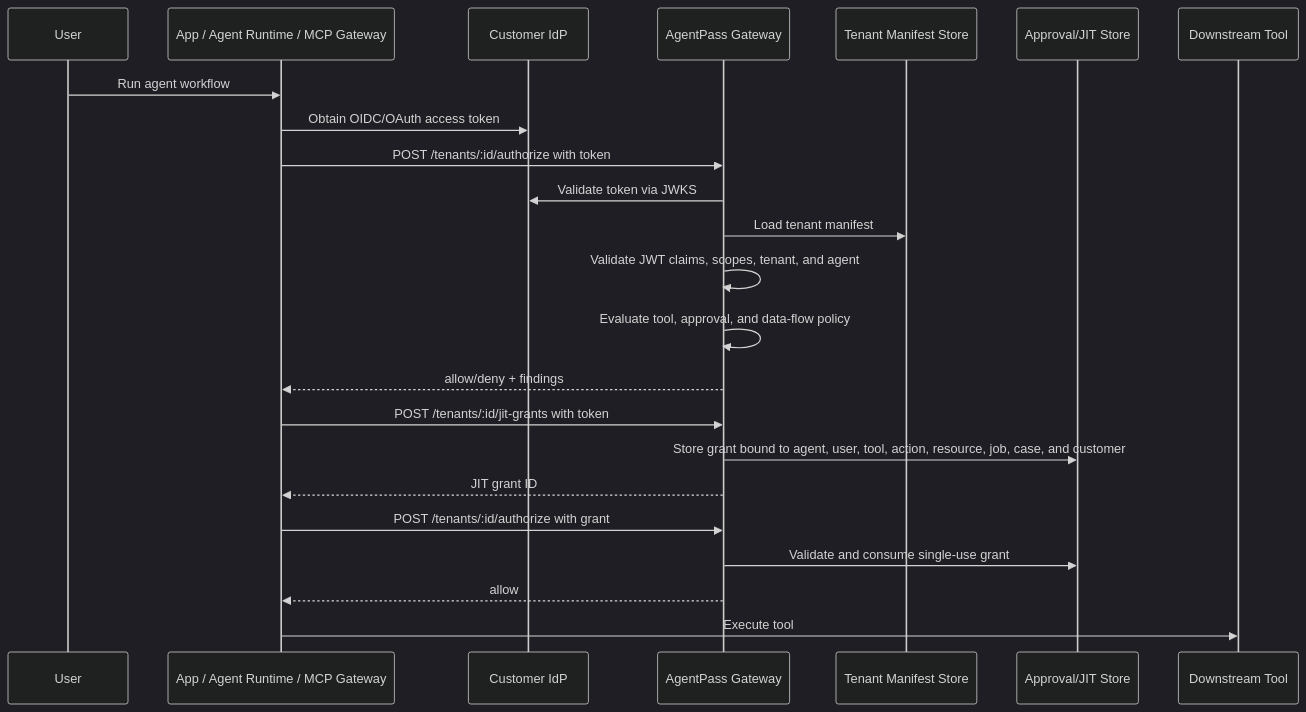
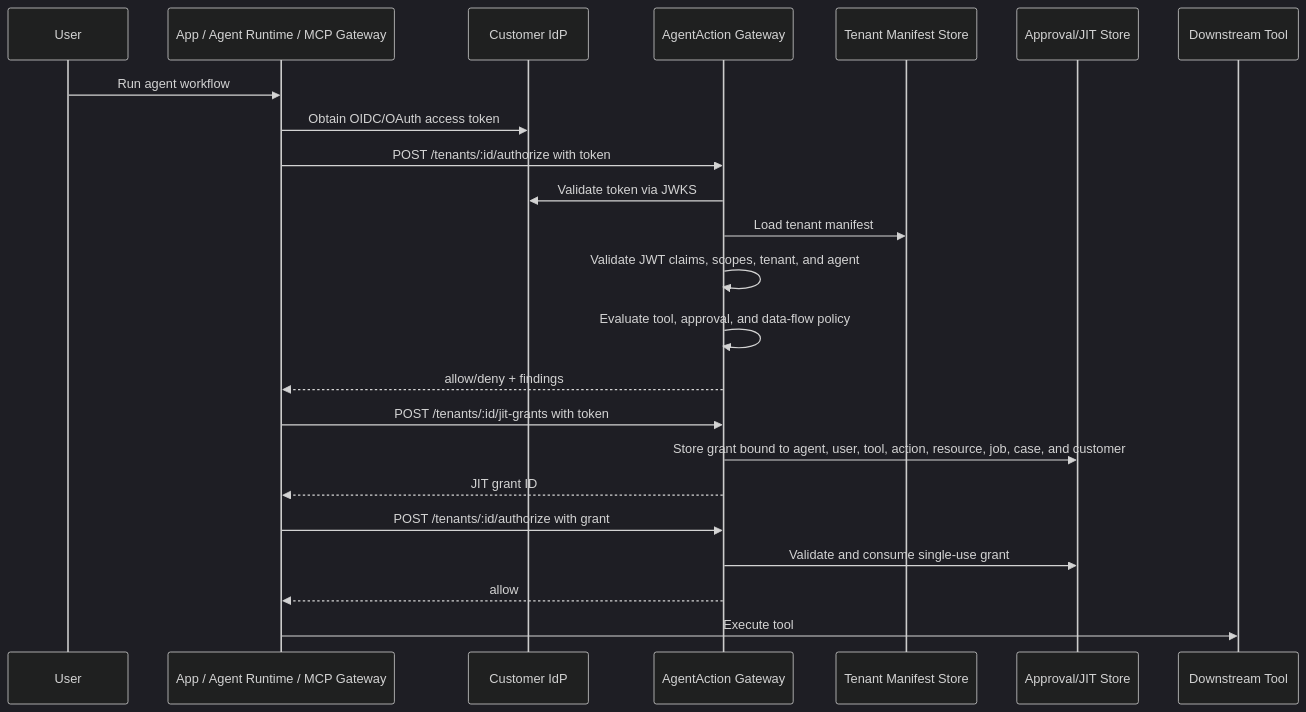
The second of 2 diagrams in docs/enterprise-governance.md (dinpd/AgentAction), drawn with Mermaid (dark theme) before and after one commit. The commit also changed other lines of this file and 174 other files, not shown here.

Commit message:
Rename project to AgentAction (#106) (#107)

````diff
--- a/docs/enterprise-governance.md
+++ b/docs/enterprise-governance.md
@@ -526,28 +526,28 @@
 ```mermaid
 sequenceDiagram
     participant User
     participant App as App / Agent Runtime / MCP Gateway
     participant IdP as Customer IdP
-    participant Gateway as AgentPass Gateway
+    participant Gateway as AgentAction Gateway
     participant KV as Tenant Manifest Store
     participant DO as Approval/JIT Store
     participant Tool as Downstream Tool
 
     User->>App: Run agent workflow
     App->>IdP: Obtain OIDC/OAuth access token
     App->>Gateway: POST /tenants/:id/authorize with token
     Gateway->>IdP: Validate token via JWKS
     Gateway->>KV: Load tenant manifest
     Gateway->>Gateway: Validate JWT claims, scopes, tenant, and agent
     Gateway->>Gateway: Evaluate tool, approval, and data-flow policy
     Gateway-->>App: allow/deny + findings
 
     App->>Gateway: POST /tenants/:id/jit-grants with token
     Gateway->>DO: Store grant bound to agent, user, tool, action, resource, job, case, and customer
     Gateway-->>App: JIT grant ID
 
     App->>Gateway: POST /tenants/:id/authorize with grant
     Gateway->>DO: Validate and consume single-use grant
     Gateway-->>App: allow
     App->>Tool: Execute tool
 ```
````
